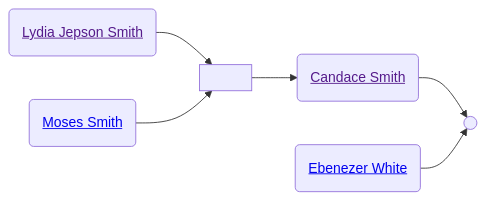
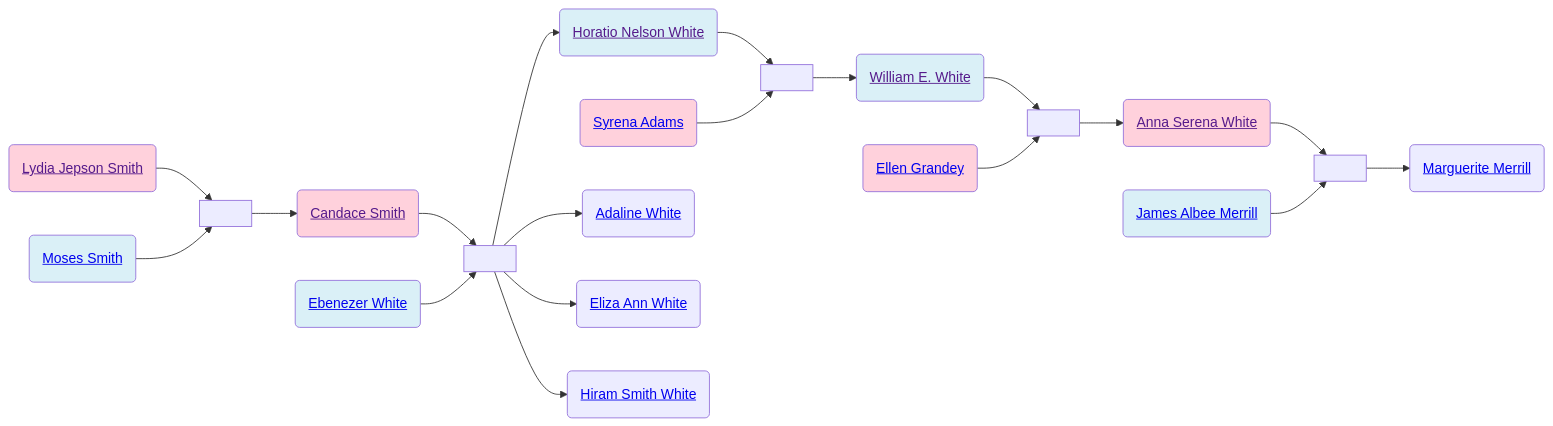
Before and after one commit to neelsmith/avocational: the second of 2 diagrams in familyhistory/sources/people/Merrill-line/White-line/Candace-Smith-line/Lydia_Jepson_Smith.qmd, drawn with Mermaid. The commit also changed other lines of this file and 91 other files, not shown here.

Commit message:
Rebuild descendant diagrams

````diff
--- a/familyhistory/sources/people/Merrill-line/White-line/Candace-Smith-line/Lydia_Jepson_Smith.qmd
+++ b/familyhistory/sources/people/Merrill-line/White-line/Candace-Smith-line/Lydia_Jepson_Smith.qmd
@@ -46,14 +47,47 @@
 ```{mermaid}
 graph LR
+%% LR descendant diagram
 class Lydia_Jepson_Smith_and_Moses_Smith marriage
 Lydia_Jepson_Smith(<a href=''>Lydia Jepson Smith</>) --> Lydia_Jepson_Smith_and_Moses_Smith[ ]
 Moses_Smith(<a href='./../../../Moses_Smith_connections/Moses_Smith.html'>Moses Smith</>) --> Lydia_Jepson_Smith_and_Moses_Smith(( ))
+class Moses_Smith father
+class Lydia_Jepson_Smith mother
 Lydia_Jepson_Smith_and_Moses_Smith[ ] --> Candace_Smith(<a href='./Candace_Smith.html'>Candace Smith</>)
 class Candace_Smith_and_Ebenezer_White marriage
 Candace_Smith(<a href=''>Candace Smith</>) --> Candace_Smith_and_Ebenezer_White[ ]
 Ebenezer_White(<a href='./../Ebenezer_White.html'>Ebenezer White</>) --> Candace_Smith_and_Ebenezer_White(( ))
+class Ebenezer_White father
+class Candace_Smith mother
+Candace_Smith_and_Ebenezer_White[ ] --> Horatio_Nelson_White(<a href='./../Horatio_Nelson_White.html'>Horatio Nelson White</>)
+class Horatio_Nelson_White_and_Syrena_Adams marriage
+Horatio_Nelson_White(<a href=''>Horatio Nelson White</>) --> Horatio_Nelson_White_and_Syrena_Adams[ ]
+Syrena_Adams(<a href='./Syrena_Adams.html'>Syrena Adams</>) --> Horatio_Nelson_White_and_Syrena_Adams(( ))
+class Horatio_Nelson_White father
+class Syrena_Adams mother
+Horatio_Nelson_White_and_Syrena_Adams[ ] --> William_E._White(<a href='./William_E._White.html'>William E. White</>)
+class William_E._White_and_Ellen_Grandey marriage
+William_E._White(<a href=''>William E. White</>) --> William_E._White_and_Ellen_Grandey[ ]
+Ellen_Grandey(<a href='./../Grandey-line/Ellen_Grandey.html'>Ellen Grandey</>) --> William_E._White_and_Ellen_Grandey(( ))
+class William_E._White father
+class Ellen_Grandey mother
+William_E._White_and_Ellen_Grandey[ ] --> Anna_Serena_White(<a href='./Anna_Serena_White.html'>Anna Serena White</>)
+class Anna_Serena_White_and_James_Albee_Merrill marriage
+Anna_Serena_White(<a href=''>Anna Serena White</>) --> Anna_Serena_White_and_James_Albee_Merrill[ ]
+James_Albee_Merrill(<a href='./../James_Albee_Merrill.html'>James Albee Merrill</>) --> Anna_Serena_White_and_James_Albee_Merrill(( ))
+class James_Albee_Merrill father
+class Anna_Serena_White mother
+Anna_Serena_White_and_James_Albee_Merrill[ ] --> Marguerite_Merrill(<a href='./../Marguerite_Merrill.html'>Marguerite Merrill</>)
+class Ebenezer_White father
+class Candace_Smith mother
+Candace_Smith_and_Ebenezer_White[ ] --> Adaline_White(<a href='./../Adaline_White.html'>Adaline White</>)
+class Ebenezer_White father
+class Candace_Smith mother
+Candace_Smith_and_Ebenezer_White[ ] --> Eliza_Ann_White(<a href='./../Eliza_Ann_White.html'>Eliza Ann White</>)
+class Ebenezer_White father
+class Candace_Smith mother
+Candace_Smith_and_Ebenezer_White[ ] --> Hiram_Smith_White(<a href='./../Hiram_Smith_White.html'>Hiram Smith White</>)
 classDef mother fill:#ffd1dc
 classDef father fill:#daf0f7  
 classDef marriage fill:#ffffff
 
 ```
````
